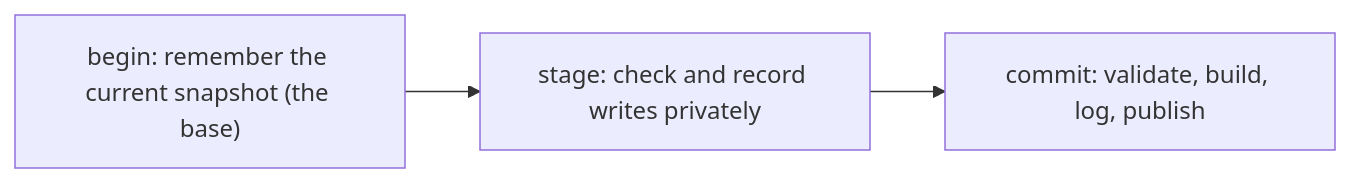
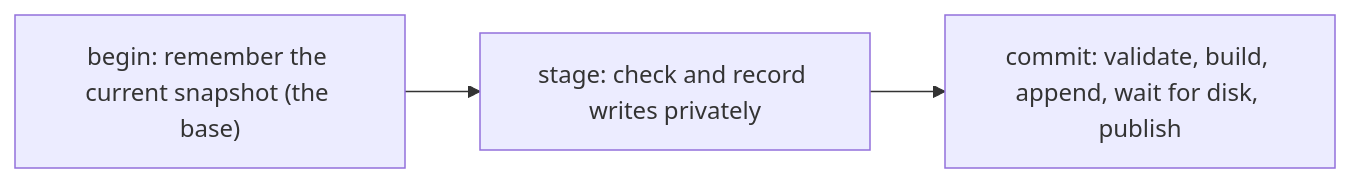
Before and after one commit to Jho0413/GraphDB: the first of 2 diagrams in docs/transactions.md, drawn with Mermaid. The commit also changed other lines of this file and 6 other files, not shown here.

````diff
--- a/docs/transactions.md
+++ b/docs/transactions.md
@@ -8,5 +8,5 @@
 ```mermaid
 flowchart LR
     begin["begin: remember the current snapshot (the base)"] --> stage["stage: check and record writes privately"]
-    stage --> commit["commit: validate, build, log, publish"]
+    stage --> commit["commit: validate, build, append, wait for disk, publish"]
 ```
````
